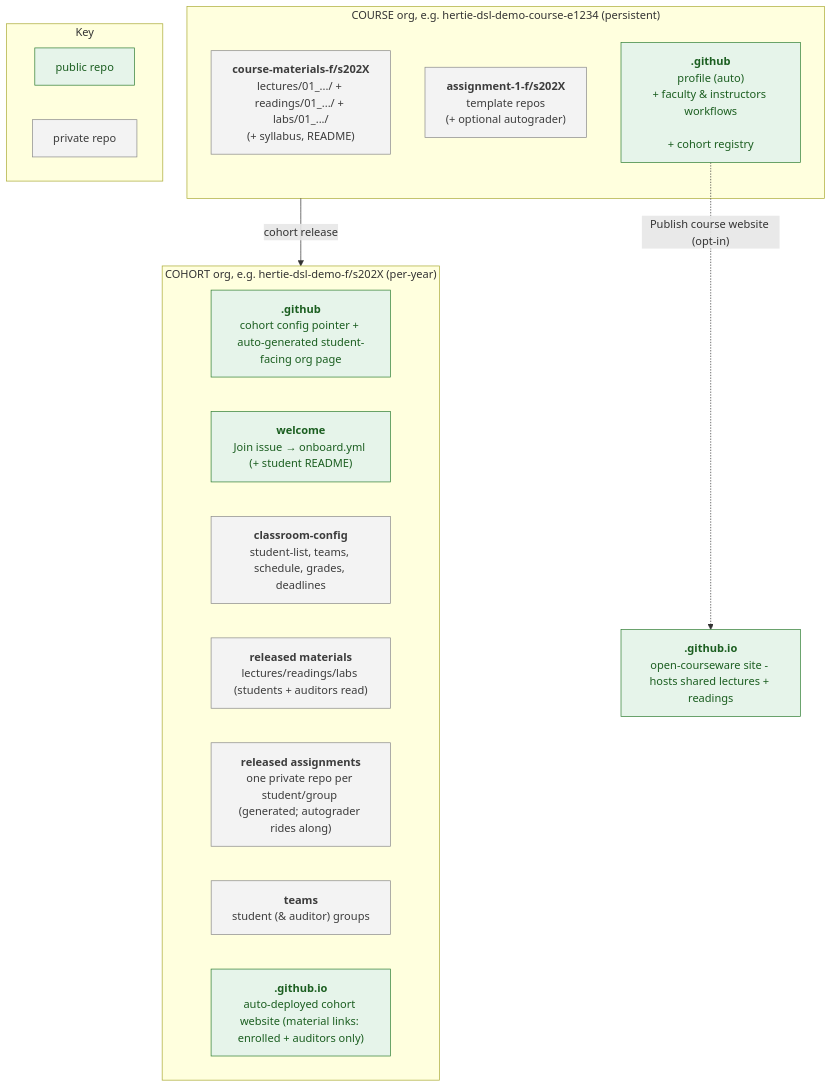
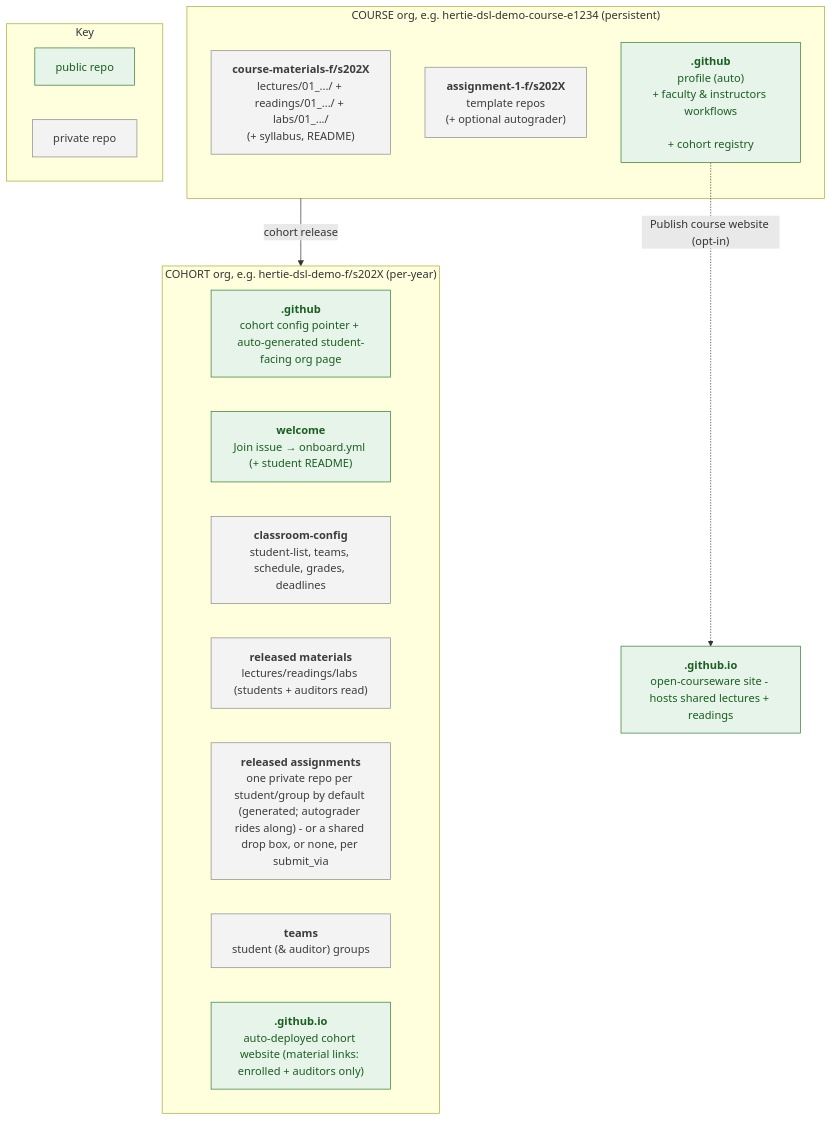
One commit to hertie-data-science-lab/dsl-teaching-toolkit changed the diagram in README.md. Above: the diagram before and after it, drawn with Mermaid. The commit also changed 71 other files, not shown here.

First line of the commit message:
feat(assignments): submission shapes - external, public, student_choice, drop box

````diff
--- a/README.md
+++ b/README.md
@@ -37,63 +37,63 @@
 ```mermaid
 flowchart TB
   subgraph COURSE["COURSE org, e.g. hertie-dsl-demo-course-e1234 (persistent)"]
     mat["`**course-materials-f/s202X**
 
 lectures/01_.../ + readings/01_.../ + labs/01_.../
 
 (+ syllabus, README)`"]
     tmpl["`**assignment-1-f/s202X**
 
 template repos
 
 (+ optional autograder)`"]
     gh["`**.github**
 
 profile (auto)
 
 + faculty & instructors workflows
 
 + cohort registry`"]
   end
 
   subgraph COHORT["COHORT org, e.g. hertie-dsl-demo-f/s202X (per-year)"]
     cgh["`**.github**
 
 cohort config pointer + auto-generated student-facing org page`"]
     welcome["`**welcome**
 
 Join issue → onboard.yml (+ student README)`"]
     cfg["`**classroom-config**
 
 student-list, teams, schedule, grades, deadlines`"]
     cmat["`**released materials**
 
 lectures/readings/labs (students + auditors read)`"]
     repos["`**released assignments**
 
-one private repo per student/group (generated; autograder rides along)`"]
+one private repo per student/group by default (generated; autograder rides along) - or a shared drop box, or none, per submit_via`"]
     team["`**teams**
 
 student (& auditor) groups`"]
     site["`**<cohort>.github.io**
 
 auto-deployed cohort website (material links: enrolled + auditors only)`"]
   end
 
   pub["`**<course-org>.github.io**
 
 open-courseware site - hosts shared lectures + readings`"]
 
   COURSE -->|"cohort release"| COHORT
   gh -.->|"Publish course website (opt-in)"| pub
 
   subgraph KEY["Key"]
     keypub["public repo"]
     keypriv["private repo"]
   end
 
   classDef public fill:#e6f4ea,stroke:#2e7d32,color:#1b5e20;
   classDef private fill:#f3f3f3,stroke:#8a8a8a,color:#3c3c3c;
   class gh,cgh,welcome,site,pub,keypub public;
   class mat,tmpl,cfg,cmat,repos,team,keypriv private;
 ```
````
